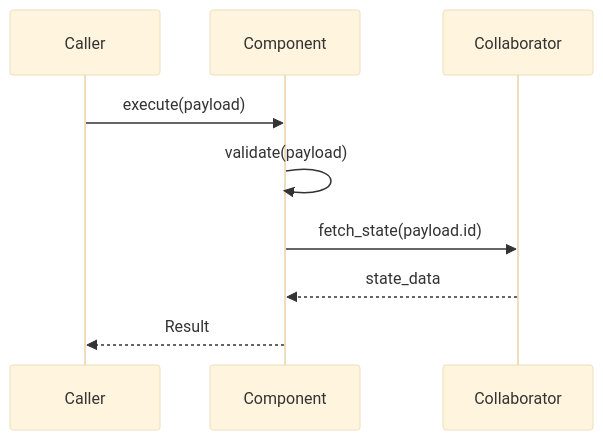
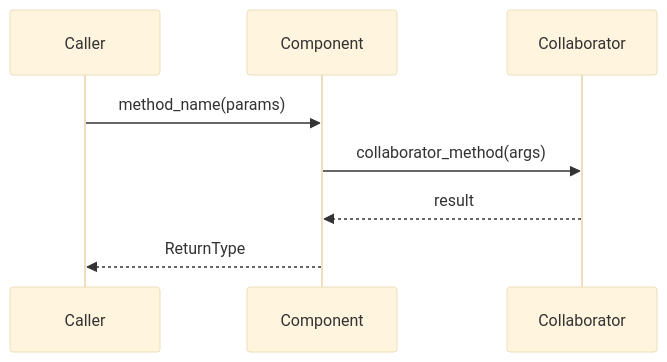
Before and after one commit to djpTester44/iocane: the second of 2 diagrams in {{cookiecutter.framework_folder}}/.agent/templates/project-spec.md, drawn with Mermaid (base theme). The commit also changed other lines of this file and 62 other files, not shown here.

````diff
--- a/{{cookiecutter.framework_folder}}/.agent/templates/project-spec.md
+++ b/{{cookiecutter.framework_folder}}/.agent/templates/project-spec.md
@@ -52,13 +59,11 @@
 ```mermaid
 sequenceDiagram
-    %% Map the exact execution flow required to satisfy the CRC responsibilities.
     participant Caller
     participant Component
     participant Collaborator
-    
-    Caller->>Component: execute(payload)
-    Component->>Component: validate(payload)
-    Component->>Collaborator: fetch_state(payload.id)
-    Collaborator-->>Component: state_data
-    Component-->>Caller: Result
+
+    Caller->>Component: method_name(params)
+    Component->>Collaborator: collaborator_method(args)
+    Collaborator-->>Component: result
+    Component-->>Caller: ReturnType
 ```
````
